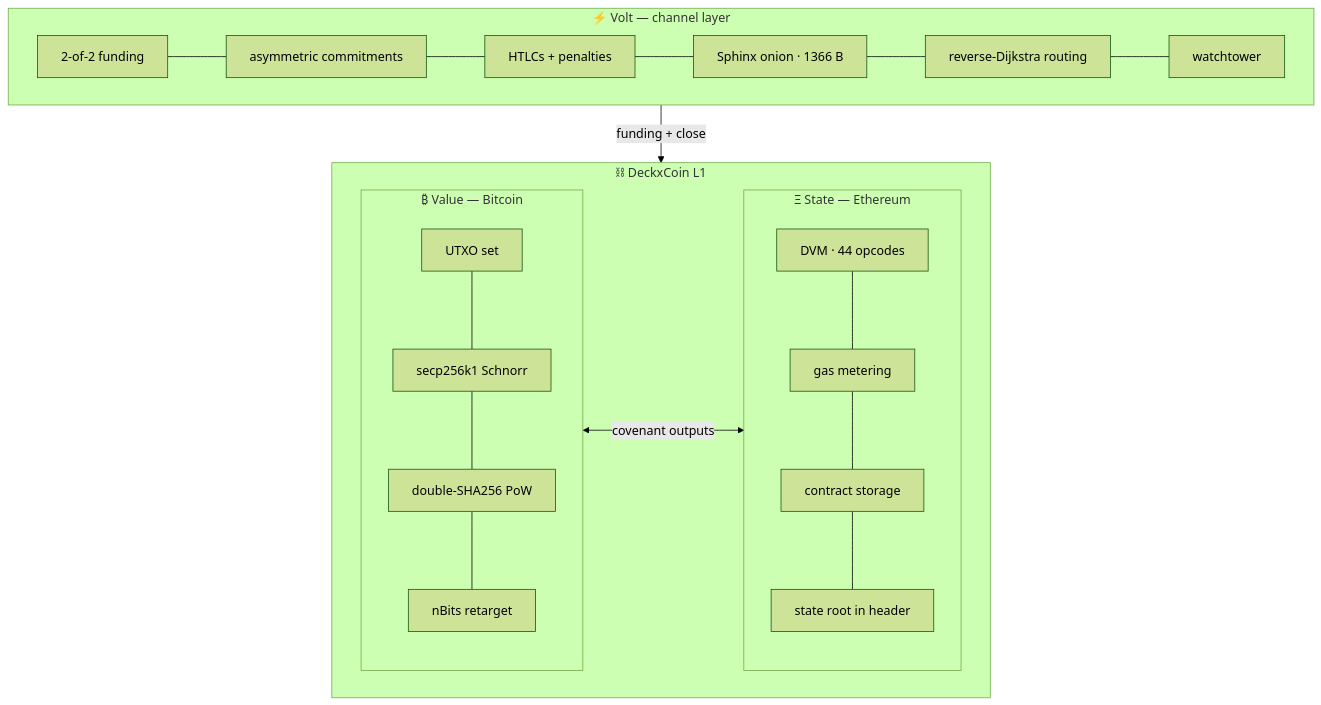
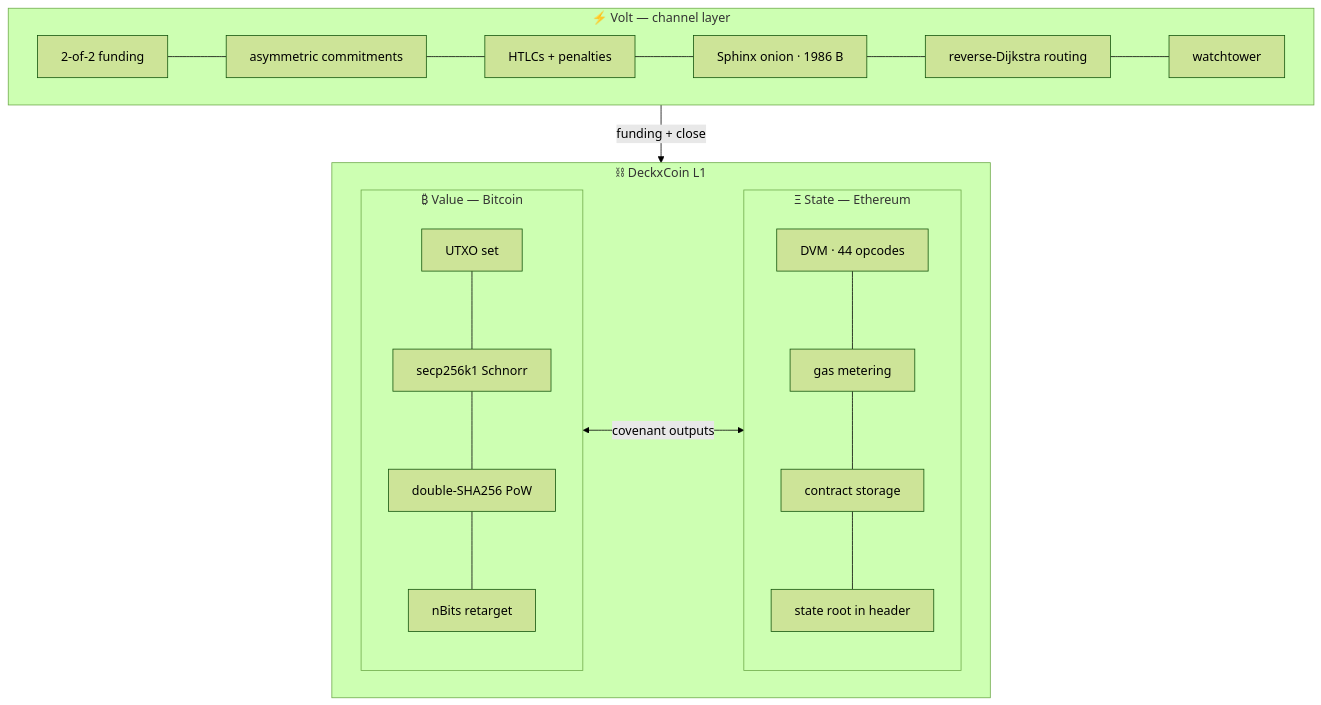
Before and after one commit to xyb3rpunq/deckxcoin: the second of 2 diagrams in README.md, drawn with Mermaid (forest theme). The commit also changed other lines of this file and 11 other files, not shown here.

````diff
--- a/README.md
+++ b/README.md
@@ -80,24 +80,24 @@
 ```mermaid
 flowchart TB
     subgraph L2["⚡ Volt — channel layer"]
         V1[2-of-2 funding] --- V2[asymmetric commitments]
         V2 --- V3[HTLCs + penalties]
-        V3 --- V4[Sphinx onion · 1366 B]
+        V3 --- V4[Sphinx onion · 1986 B]
         V5 --- V6[watchtower]
         V4 --- V5[reverse-Dijkstra routing]
     end
     subgraph L1["⛓ DeckxCoin L1"]
         subgraph VAL["₿ Value — Bitcoin"]
             B1[UTXO set] --- B2[secp256k1 Schnorr]
             B2 --- B3[double-SHA256 PoW]
             B3 --- B4[nBits retarget]
         end
         subgraph ST["Ξ State — Ethereum"]
             E1[DVM · 44 opcodes] --- E2[gas metering]
             E2 --- E3[contract storage]
             E3 --- E4[state root in header]
         end
         VAL <--> |covenant outputs| ST
     end
     L2 --> |funding + close| L1
 ```
````
